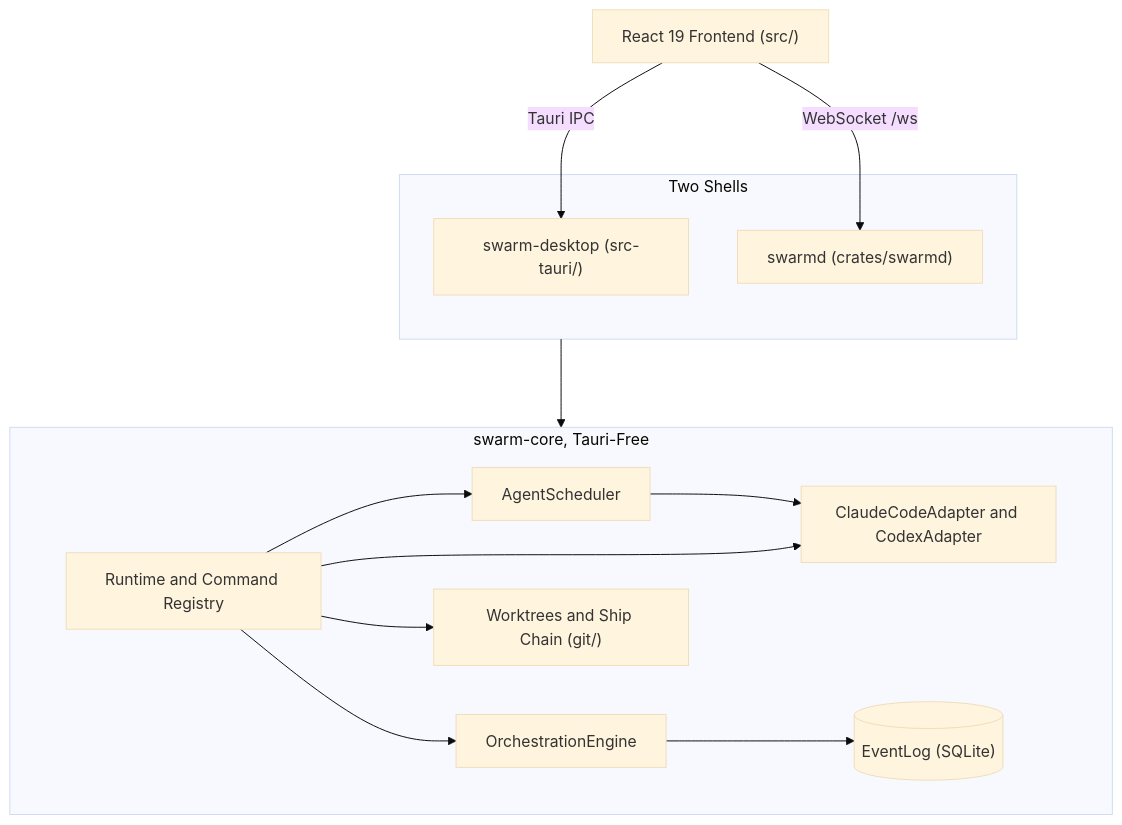
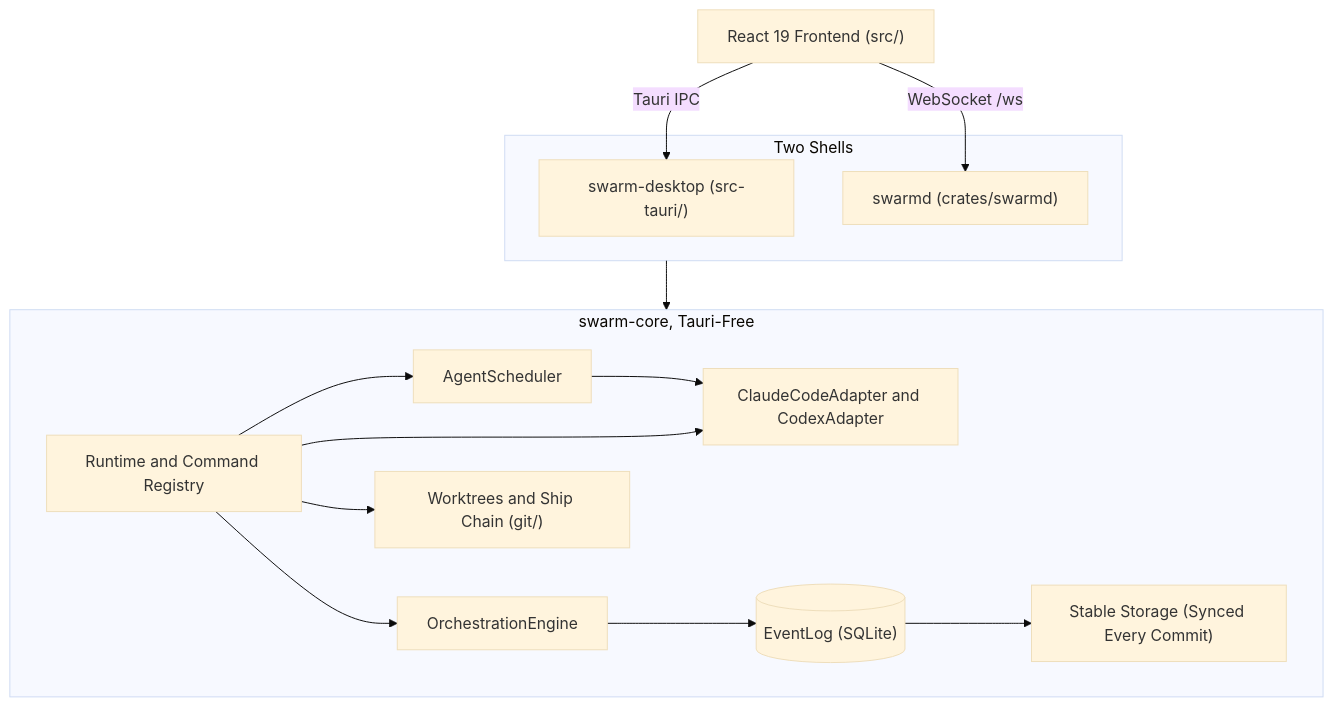
Before and after one commit to ABCrimson/Swarm: the diagram in README.md, drawn with Mermaid (base theme).

Commit message:
docs(readme): show stable storage under the event log in the diagram
GitHub's Mermaid renderer ignores init directives, so the rankSpacing line in 7a9112e changed nothing (the live frame measured pixel-identical at 390 and 1280 px); it is removed. The diagram now ends in the stable storage ADR-0039 promises, one rank below the SQLite log and centred under it, which both states the guarantee and lifts the middle row clear of GitHub's fixed 101 px pan panel at phone width.

````diff
--- a/README.md
+++ b/README.md
@@ -82,26 +82,27 @@
 ```mermaid
-%%{init: {"flowchart": {"rankSpacing": 90}}}%%
 flowchart TB
     FE["React 19 Frontend (src/)"]
     subgraph shells["Two Shells"]
         DESK["swarm-desktop (src-tauri/)"]
         DAEMON["swarmd (crates/swarmd)"]
     end
     subgraph core["swarm-core, Tauri-Free"]
         RT["Runtime and Command Registry"]
         SCHED["AgentScheduler"]
         PROV["ClaudeCodeAdapter and CodexAdapter"]
         ENG["OrchestrationEngine"]
         LOG[("EventLog (SQLite)")]
+        DISK["Stable Storage (Synced Every Commit)"]
         GIT["Worktrees and Ship Chain (git/)"]
     end
     FE -->|"Tauri IPC"| DESK
     FE -->|"WebSocket /ws"| DAEMON
     shells --> core
     RT --> SCHED
     SCHED --> PROV
     RT --> PROV
     RT --> ENG
     ENG --> LOG
+    LOG --> DISK
     RT --> GIT
 ```
````
